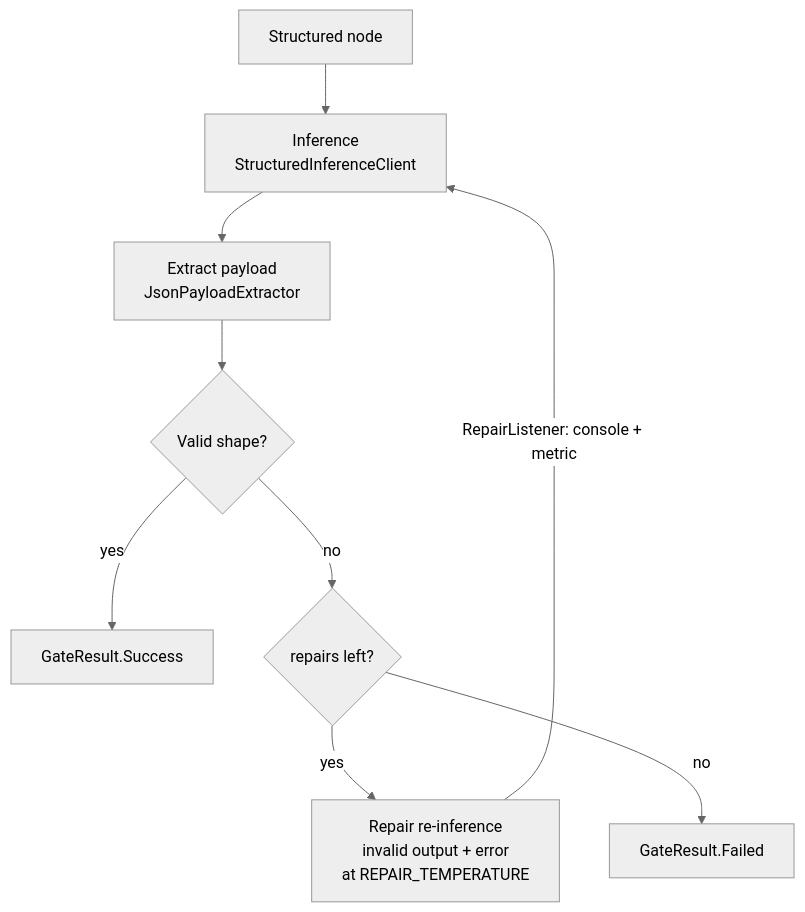
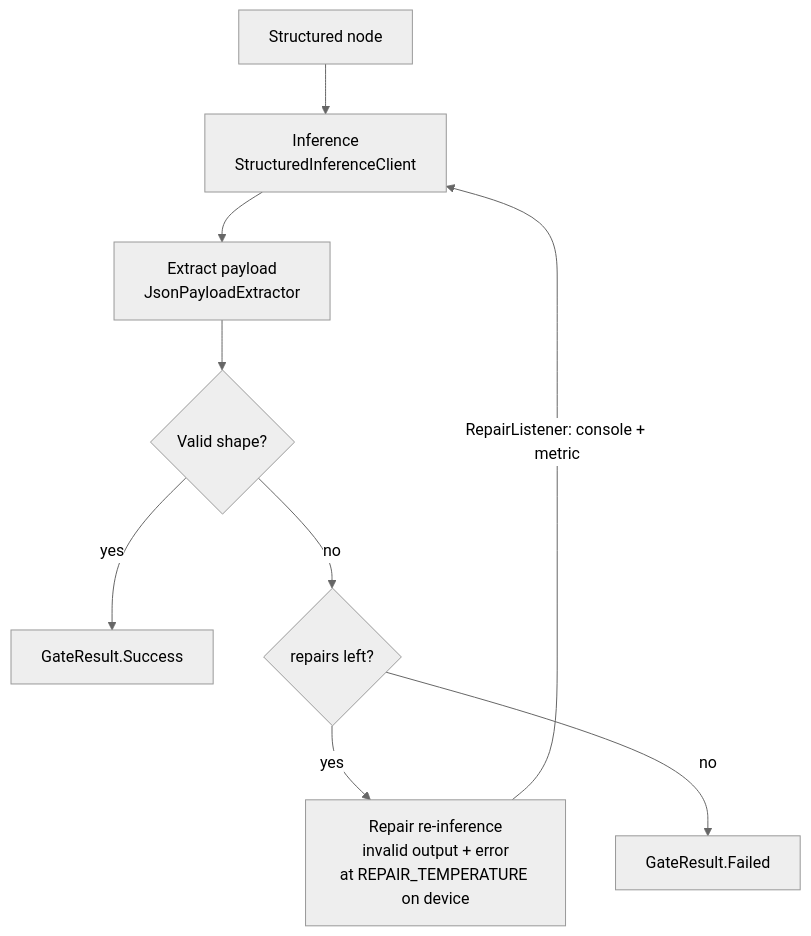
Before and after one commit to Afande90/Kawkab-ai-cursor-: the fifth of 10 diagrams in docs/architecture.md, drawn with Mermaid (neutral theme).

Commit message:
docs(architecture): say the repair diagram's temperature is on the device
The structured-output flowchart still drew every repair at
REPAIR_TEMPERATURE; a cloud repair now sends none.

````diff
--- a/docs/architecture.md
+++ b/docs/architecture.md
@@ -697,11 +697,11 @@
 ```mermaid
 flowchart TD
     Node[Structured node] --> Infer[Inference<br/>StructuredInferenceClient]
     Infer --> Extract[Extract payload<br/>JsonPayloadExtractor]
     Extract --> Validate{Valid shape?}
     Validate -->|yes| Success[GateResult.Success]
     Validate -->|no| Budget{repairs left?}
-    Budget -->|yes| Repair[Repair re-inference<br/>invalid output + error<br/>at REPAIR_TEMPERATURE]
+    Budget -->|yes| Repair[Repair re-inference<br/>invalid output + error<br/>at REPAIR_TEMPERATURE on device]
     Repair -->|RepairListener: console + metric| Infer
     Budget -->|no| Failed[GateResult.Failed]
 ```
````
